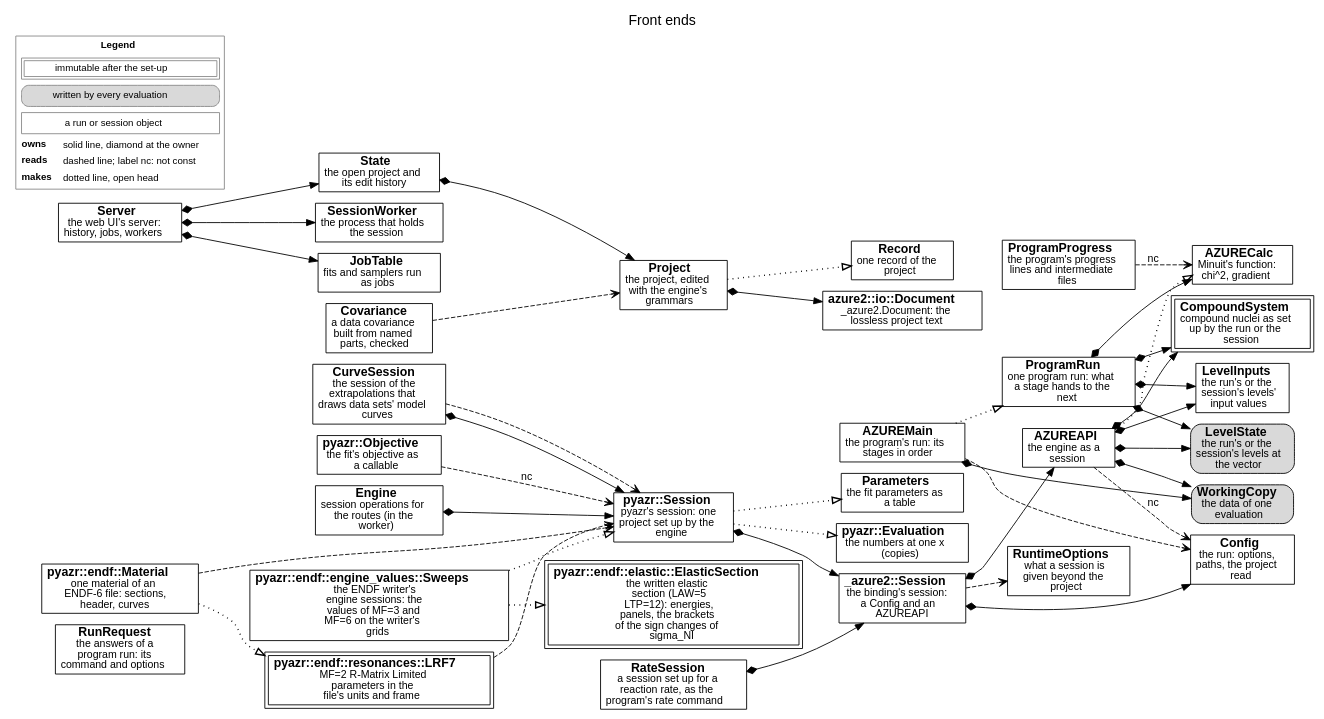
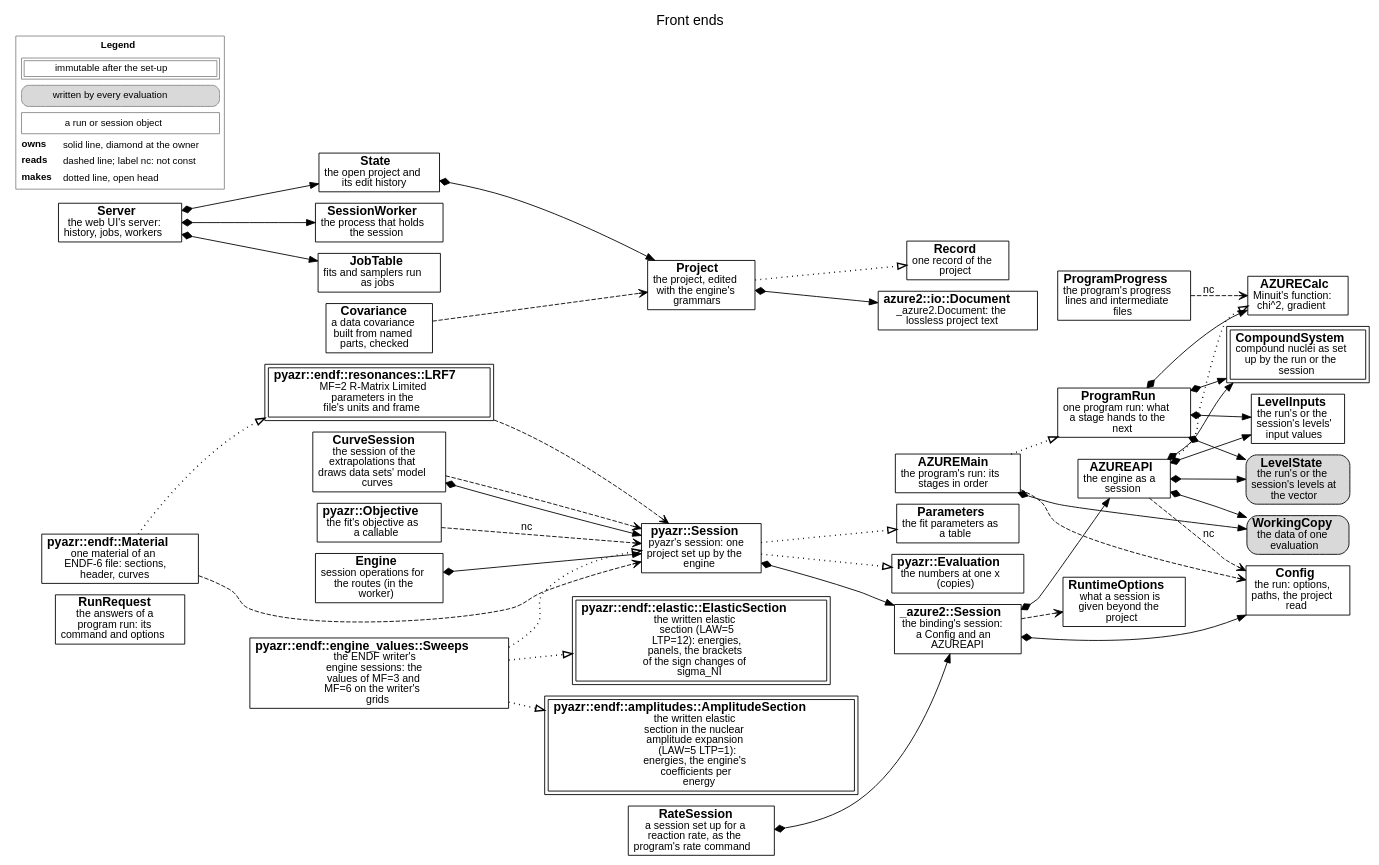
Before and after one commit to AZURE2DEV/AZURE2: the diagram in docs/source/developer/figures/frontends.dot, drawn with Graphviz. The commit also changed 18 other files, not shown here.

```diff
--- a/docs/source/developer/figures/frontends.dot
+++ b/docs/source/developer/figures/frontends.dot
@@ -1,75 +1,77 @@
 digraph frontends {
   graph [rankdir=LR, fontname="Helvetica", fontsize=16, labelloc=t, label="Front ends", nodesep=0.18, ranksep=0.3, newrank=true];
   node [fontname="Helvetica", fontsize=14, margin="0.08,0.04"];
   edge [fontname="Helvetica", fontsize=12];
   n_RunRequest [label=<<b>RunRequest</b><br/><font point-size="12">the answers of a<br/>program run: its<br/>command and options</font>>, shape=box, style="filled", fillcolor="white"];
   n_AZUREMain [label=<<b>AZUREMain</b><br/><font point-size="12">the program&#x27;s run: its<br/>stages in order</font>>, shape=box, style="filled", fillcolor="white"];
   n_Config [label=<<b>Config</b><br/><font point-size="12">the run: options,<br/>paths, the project<br/>read</font>>, shape=box, style="filled", fillcolor="white"];
   n_CompoundSystem [label=<<b>CompoundSystem</b><br/><font point-size="12">compound nuclei as set<br/>up by the run or the<br/>session</font>>, shape=box, peripheries=2, style="filled", fillcolor="white"];
   n_LevelState [label=<<b>LevelState</b><br/><font point-size="12">the run&#x27;s or the<br/>session&#x27;s levels at<br/>the vector</font>>, shape=box, style="rounded,filled", fillcolor="#d9d9d9"];
   n_LevelInputs [label=<<b>LevelInputs</b><br/><font point-size="12">the run&#x27;s or the<br/>session&#x27;s levels&#x27;<br/>input values</font>>, shape=box, style="filled", fillcolor="white"];
   n_WorkingCopy [label=<<b>WorkingCopy</b><br/><font point-size="12">the data of one<br/>evaluation</font>>, shape=box, style="rounded,filled", fillcolor="#d9d9d9"];
   n_AZURECalc [label=<<b>AZURECalc</b><br/><font point-size="12">Minuit&#x27;s function:<br/>chi^2, gradient</font>>, shape=box, style="filled", fillcolor="white"];
   n_ProgramRun [label=<<b>ProgramRun</b><br/><font point-size="12">one program run: what<br/>a stage hands to the<br/>next</font>>, shape=box, style="filled", fillcolor="white"];
   n_ProgramProgress [label=<<b>ProgramProgress</b><br/><font point-size="12">the program&#x27;s progress<br/>lines and intermediate<br/>files</font>>, shape=box, style="filled", fillcolor="white"];
   n_AZUREAPI [label=<<b>AZUREAPI</b><br/><font point-size="12">the engine as a<br/>session</font>>, shape=box, style="filled", fillcolor="white"];
   n__azure2__Session [label=<<b>_azure2::Session</b><br/><font point-size="12">the binding&#x27;s session:<br/>a Config and an<br/>AZUREAPI</font>>, shape=box, style="filled", fillcolor="white"];
   n_RuntimeOptions [label=<<b>RuntimeOptions</b><br/><font point-size="12">what a session is<br/>given beyond the<br/>project</font>>, shape=box, style="filled", fillcolor="white"];
   n_pyazr__Session [label=<<b>pyazr::Session</b><br/><font point-size="12">pyazr&#x27;s session: one<br/>project set up by the<br/>engine</font>>, shape=box, style="filled", fillcolor="white"];
   n_pyazr__Objective [label=<<b>pyazr::Objective</b><br/><font point-size="12">the fit&#x27;s objective as<br/>a callable</font>>, shape=box, style="filled", fillcolor="white"];
   n_pyazr__Evaluation [label=<<b>pyazr::Evaluation</b><br/><font point-size="12">the numbers at one x<br/>(copies)</font>>, shape=box, style="filled", fillcolor="white"];
   n_Parameters [label=<<b>Parameters</b><br/><font point-size="12">the fit parameters as<br/>a table</font>>, shape=box, style="filled", fillcolor="white"];
   n_Project [label=<<b>Project</b><br/><font point-size="12">the project, edited<br/>with the engine&#x27;s<br/>grammars</font>>, shape=box, style="filled", fillcolor="white"];
   n_Record [label=<<b>Record</b><br/><font point-size="12">one record of the<br/>project</font>>, shape=box, style="filled", fillcolor="white"];
   n_azure2__io__Document [label=<<b>azure2::io::Document</b><br/><font point-size="12">_azure2.Document: the<br/>lossless project text</font>>, shape=box, style="filled", fillcolor="white"];
   n_Server [label=<<b>Server</b><br/><font point-size="12">the web UI&#x27;s server:<br/>history, jobs, workers</font>>, shape=box, style="filled", fillcolor="white"];
   n_State [label=<<b>State</b><br/><font point-size="12">the open project and<br/>its edit history</font>>, shape=box, style="filled", fillcolor="white"];
   n_SessionWorker [label=<<b>SessionWorker</b><br/><font point-size="12">the process that holds<br/>the session</font>>, shape=box, style="filled", fillcolor="white"];
   n_Engine [label=<<b>Engine</b><br/><font point-size="12">session operations for<br/>the routes (in the<br/>worker)</font>>, shape=box, style="filled", fillcolor="white"];
   n_JobTable [label=<<b>JobTable</b><br/><font point-size="12">fits and samplers run<br/>as jobs</font>>, shape=box, style="filled", fillcolor="white"];
   n_pyazr__endf__Material [label=<<b>pyazr::endf::Material</b><br/><font point-size="12">one material of an<br/>ENDF-6 file: sections,<br/>header, curves</font>>, shape=box, style="filled", fillcolor="white"];
   n_pyazr__endf__resonances__LRF7 [label=<<b>pyazr::endf::resonances::LRF7</b><br/><font point-size="12">MF=2 R-Matrix Limited<br/>parameters in the<br/>file&#x27;s units and frame</font>>, shape=box, peripheries=2, style="filled", fillcolor="white"];
   n_pyazr__endf__engine_values__Sweeps [label=<<b>pyazr::endf::engine_values::Sweeps</b><br/><font point-size="12">the ENDF writer&#x27;s<br/>engine sessions: the<br/>values of MF=3 and<br/>MF=6 on the writer&#x27;s<br/>grids</font>>, shape=box, style="filled", fillcolor="white"];
   n_pyazr__endf__elastic__ElasticSection [label=<<b>pyazr::endf::elastic::ElasticSection</b><br/><font point-size="12">the written elastic<br/>section (LAW=5<br/>LTP=12): energies,<br/>panels, the brackets<br/>of the sign changes of<br/>sigma_NI</font>>, shape=box, peripheries=2, style="filled", fillcolor="white"];
+  n_pyazr__endf__amplitudes__AmplitudeSection [label=<<b>pyazr::endf::amplitudes::AmplitudeSection</b><br/><font point-size="12">the written elastic<br/>section in the nuclear<br/>amplitude expansion<br/>(LAW=5 LTP=1):<br/>energies, the engine&#x27;s<br/>coefficients per<br/>energy</font>>, shape=box, peripheries=2, style="filled", fillcolor="white"];
   n_RateSession [label=<<b>RateSession</b><br/><font point-size="12">a session set up for a<br/>reaction rate, as the<br/>program&#x27;s rate command</font>>, shape=box, style="filled", fillcolor="white"];
   n_CurveSession [label=<<b>CurveSession</b><br/><font point-size="12">the session of the<br/>extrapolations that<br/>draws data sets&#x27; model<br/>curves</font>>, shape=box, style="filled", fillcolor="white"];
   n_Covariance [label=<<b>Covariance</b><br/><font point-size="12">a data covariance<br/>built from named<br/>parts, checked</font>>, shape=box, style="filled", fillcolor="white"];
   n_AZUREMain -> n_Config [style=dashed, arrowhead=vee];
   n_AZUREMain -> n_WorkingCopy [style=solid, dir=both, arrowtail=diamond, arrowhead=normal];
   n_AZUREMain -> n_ProgramRun [style=dotted, penwidth=1.6, arrowhead=empty];
   n_ProgramRun -> n_AZURECalc [style=solid, dir=both, arrowtail=diamond, arrowhead=normal];
   n_ProgramRun -> n_CompoundSystem [style=solid, dir=both, arrowtail=diamond, arrowhead=normal];
   n_ProgramRun -> n_LevelState [style=solid, dir=both, arrowtail=diamond, arrowhead=normal];
   n_ProgramRun -> n_LevelInputs [style=solid, dir=both, arrowtail=diamond, arrowhead=normal];
   n_ProgramProgress -> n_AZURECalc [style=dashed, arrowhead=vee, label=" nc"];
   n_AZUREAPI -> n_AZURECalc [style=dotted, penwidth=1.6, arrowhead=empty];
   n_AZUREAPI -> n_Config [style=dashed, arrowhead=vee, label=" nc"];
   n_AZUREAPI -> n_CompoundSystem [style=solid, dir=both, arrowtail=diamond, arrowhead=normal];
   n_AZUREAPI -> n_LevelState [style=solid, dir=both, arrowtail=diamond, arrowhead=normal];
   n_AZUREAPI -> n_LevelInputs [style=solid, dir=both, arrowtail=diamond, arrowhead=normal];
   n_AZUREAPI -> n_WorkingCopy [style=solid, dir=both, arrowtail=diamond, arrowhead=normal];
   n__azure2__Session -> n_Config [style=solid, dir=both, arrowtail=diamond, arrowhead=normal];
   n__azure2__Session -> n_AZUREAPI [style=solid, dir=both, arrowtail=diamond, arrowhead=normal];
   n__azure2__Session -> n_RuntimeOptions [style=dashed, arrowhead=vee];
   n_pyazr__Session -> n__azure2__Session [style=solid, dir=both, arrowtail=diamond, arrowhead=normal];
   n_pyazr__Session -> n_Parameters [style=dotted, penwidth=1.6, arrowhead=empty];
   n_pyazr__Objective -> n_pyazr__Session [style=dashed, arrowhead=vee, label=" nc"];
   n_pyazr__Session -> n_pyazr__Evaluation [style=dotted, penwidth=1.6, arrowhead=empty];
   n_Project -> n_azure2__io__Document [style=solid, dir=both, arrowtail=diamond, arrowhead=normal];
   n_Project -> n_Record [style=dotted, penwidth=1.6, arrowhead=empty];
   n_State -> n_Project [style=solid, dir=both, arrowtail=diamond, arrowhead=normal];
   n_Server -> n_State [style=solid, dir=both, arrowtail=diamond, arrowhead=normal];
   n_Server -> n_SessionWorker [style=solid, dir=both, arrowtail=diamond, arrowhead=normal];
   n_Server -> n_JobTable [style=solid, dir=both, arrowtail=diamond, arrowhead=normal];
   n_Engine -> n_pyazr__Session [style=solid, dir=both, arrowtail=diamond, arrowhead=normal];
   n_RateSession -> n__azure2__Session [style=solid, dir=both, arrowtail=diamond, arrowhead=normal];
   n_CurveSession -> n_pyazr__Session [style=solid, dir=both, arrowtail=diamond, arrowhead=normal];
   n_CurveSession -> n_pyazr__Session [style=dashed, arrowhead=vee];
   n_Covariance -> n_Project [style=dashed, arrowhead=vee];
   n_pyazr__endf__Material -> n_pyazr__Session [style=dashed, arrowhead=vee];
   n_pyazr__endf__Material -> n_pyazr__endf__resonances__LRF7 [style=dotted, penwidth=1.6, arrowhead=empty];
   n_pyazr__endf__resonances__LRF7 -> n_pyazr__Session [style=dashed, arrowhead=vee];
   n_pyazr__endf__engine_values__Sweeps -> n_pyazr__Session [style=dotted, penwidth=1.6, arrowhead=empty];
   n_pyazr__endf__engine_values__Sweeps -> n_pyazr__endf__elastic__ElasticSection [style=dotted, penwidth=1.6, arrowhead=empty];
+  n_pyazr__endf__engine_values__Sweeps -> n_pyazr__endf__amplitudes__AmplitudeSection [style=dotted, penwidth=1.6, arrowhead=empty];
   legend [shape=plaintext, fontsize=11, label=<<TABLE BORDER="1" CELLBORDER="0" CELLSPACING="3" COLOR="#888888"><TR><TD COLSPAN="2"><B>Legend</B></TD></TR><TR><TD COLSPAN="2"><TABLE BORDER="1" CELLBORDER="1" CELLSPACING="2" CELLPADDING="2"><TR><TD>immutable after the set-up</TD></TR></TABLE></TD></TR><TR><TD COLSPAN="2"><TABLE BORDER="1" CELLBORDER="0" CELLPADDING="3" STYLE="rounded" BGCOLOR="#d9d9d9"><TR><TD>written by every evaluation</TD></TR></TABLE></TD></TR><TR><TD COLSPAN="2"><TABLE BORDER="1" CELLBORDER="0" CELLPADDING="3" ><TR><TD>a run or session object</TD></TR></TABLE></TD></TR><TR><TD ALIGN="LEFT"><B>owns</B></TD><TD ALIGN="LEFT">solid line, diamond at the owner</TD></TR><TR><TD ALIGN="LEFT"><B>reads</B></TD><TD ALIGN="LEFT">dashed line; label nc: not const</TD></TR><TR><TD ALIGN="LEFT"><B>makes</B></TD><TD ALIGN="LEFT">dotted line, open head</TD></TR></TABLE>>];
 }
```
